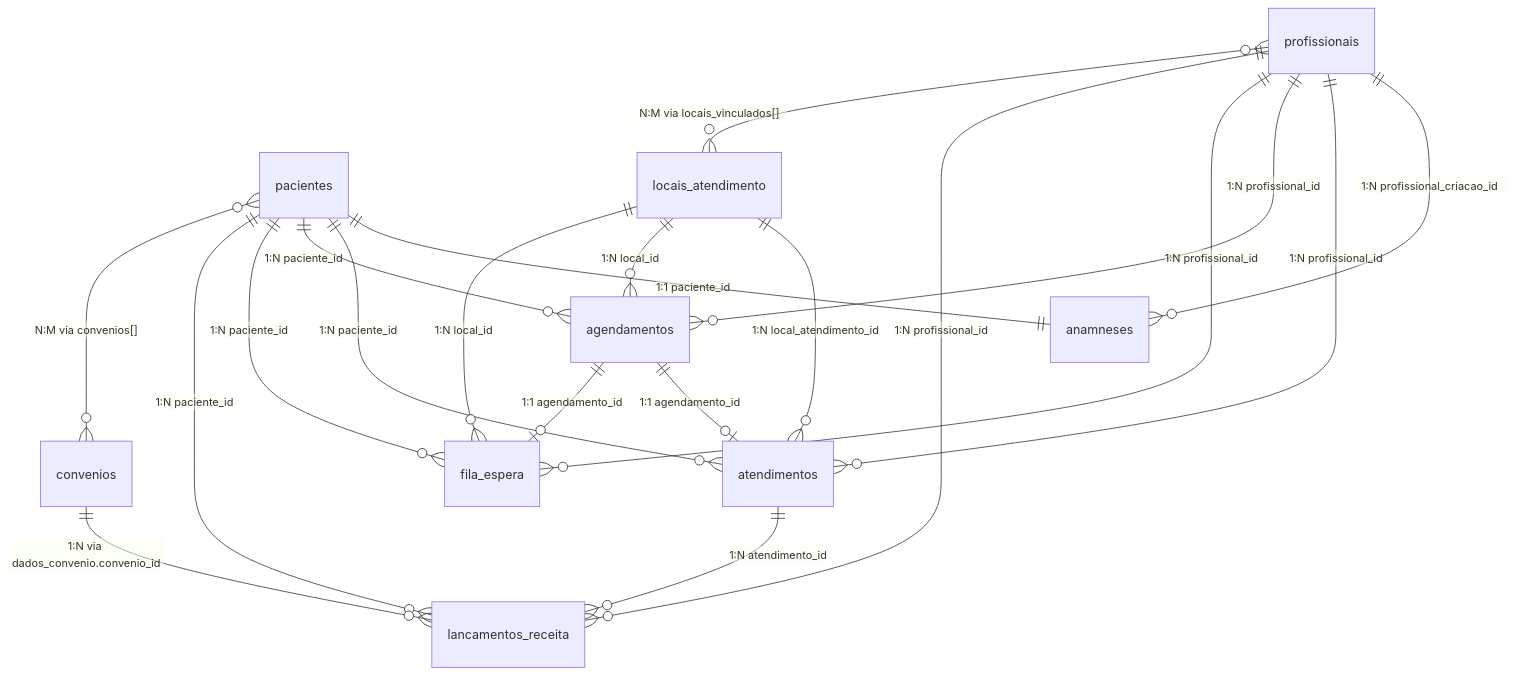
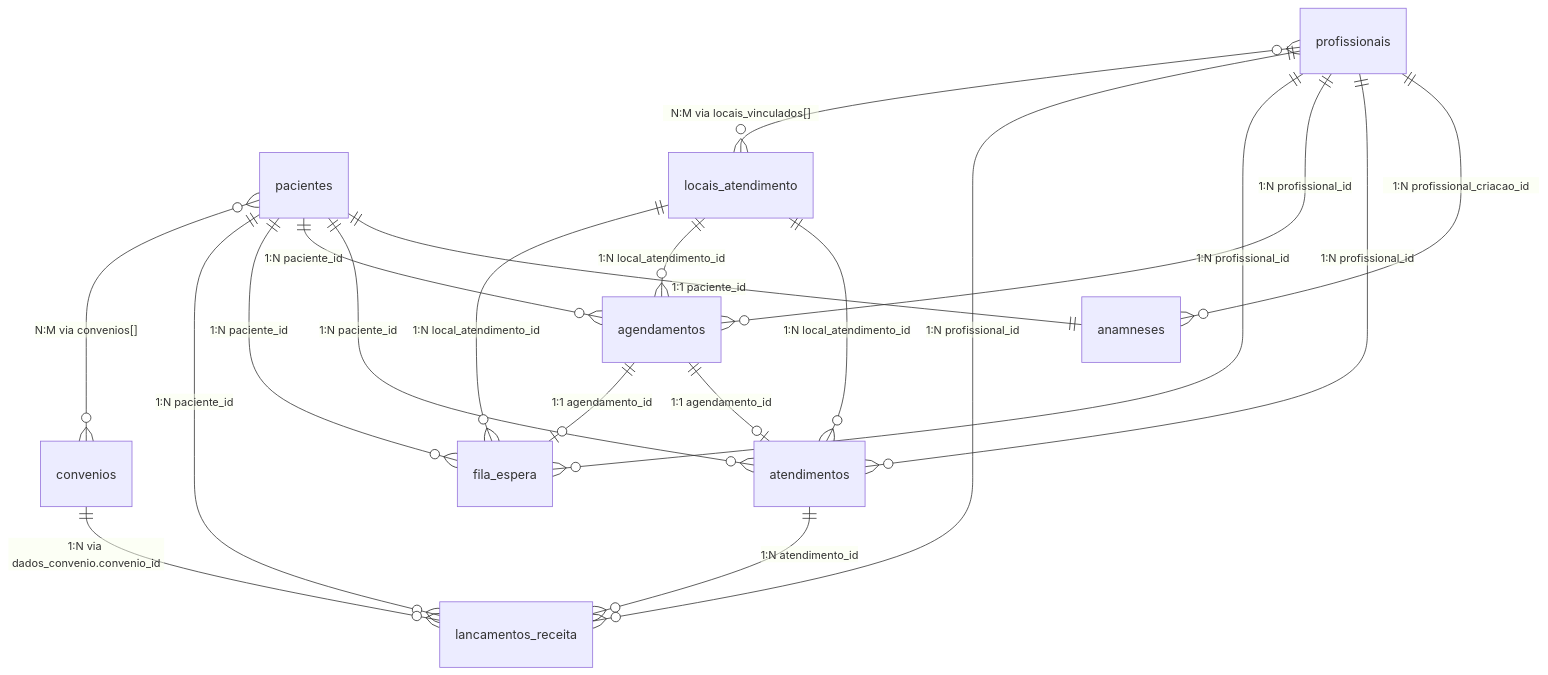
The diagram in docs/database.md (dxaraujo/medflow-app-v2), drawn with Mermaid before and after one commit. The commit also changed 35 other files, not shown here.

Commit message:
refactor: unifica local_atendimento_id em agendamentos e fila-espera

````diff
--- a/docs/database.md
+++ b/docs/database.md
@@ -195,22 +195,22 @@
 ```mermaid
 erDiagram
     pacientes ||--|| anamneses : "1:1 paciente_id"
     pacientes ||--o{ atendimentos : "1:N paciente_id"
     pacientes ||--o{ agendamentos : "1:N paciente_id"
     pacientes ||--o{ fila_espera : "1:N paciente_id"
     pacientes ||--o{ lancamentos_receita : "1:N paciente_id"
     pacientes }o--o{ convenios : "N:M via convenios[]"
     profissionais ||--o{ anamneses : "1:N profissional_criacao_id"
     profissionais ||--o{ atendimentos : "1:N profissional_id"
     profissionais ||--o{ agendamentos : "1:N profissional_id"
     profissionais ||--o{ fila_espera : "1:N profissional_id"
     profissionais ||--o{ lancamentos_receita : "1:N profissional_id"
     profissionais }o--o{ locais_atendimento : "N:M via locais_vinculados[]"
     locais_atendimento ||--o{ atendimentos : "1:N local_atendimento_id"
-    locais_atendimento ||--o{ agendamentos : "1:N local_id"
-    locais_atendimento ||--o{ fila_espera : "1:N local_id"
+    locais_atendimento ||--o{ agendamentos : "1:N local_atendimento_id"
+    locais_atendimento ||--o{ fila_espera : "1:N local_atendimento_id"
     agendamentos ||--o| atendimentos : "1:1 agendamento_id"
     agendamentos ||--o| fila_espera : "1:1 agendamento_id"
     atendimentos ||--o{ lancamentos_receita : "1:N atendimento_id"
     convenios ||--o{ lancamentos_receita : "1:N via dados_convenio.convenio_id"
 ```
````
